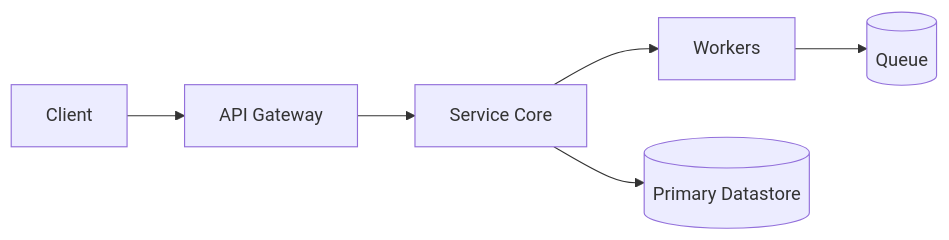
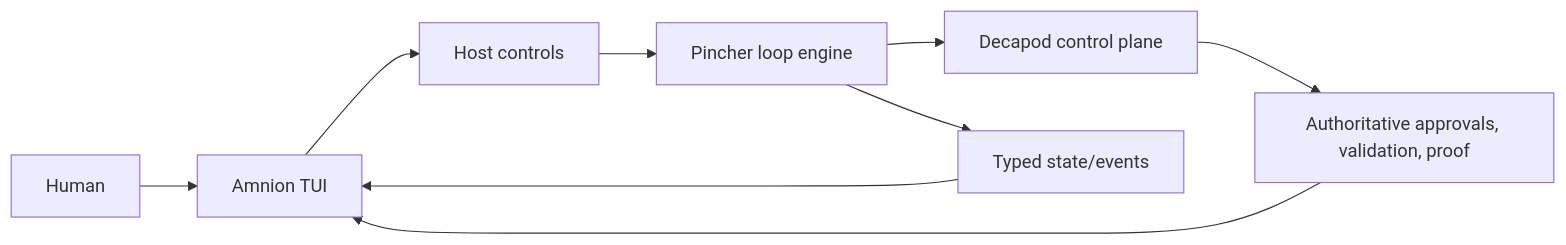
The diagram in .decapod/generated/specs/ARCHITECTURE.md (DecapodLabs/amnion), drawn with Mermaid before and after one commit. The commit also changed other lines of this file and 34 other files, not shown here.

Commit message:
docs: define amnion as pincher host UI

````diff
--- a/.decapod/generated/specs/ARCHITECTURE.md
+++ b/.decapod/generated/specs/ARCHITECTURE.md
@@ -34,8 +63,11 @@
 ```mermaid
 flowchart LR
-  C[Client] --> G[API Gateway]
-  G --> S[Service Core]
-  S --> W[Workers]
-  S --> DB[(Primary Datastore)]
-  W --> Q[(Queue)]
+  HUMAN[Human] --> TUI[Amnion TUI]
+  TUI --> CONTROL[Host controls]
+  CONTROL --> PINCHER[Pincher loop engine]
+  PINCHER --> DECAPOD[Decapod control plane]
+  PINCHER --> EVENTS[Typed state/events]
+  EVENTS --> TUI
+  DECAPOD --> AUTH[Authoritative approvals, validation, proof]
+  AUTH --> TUI
 ```
````
